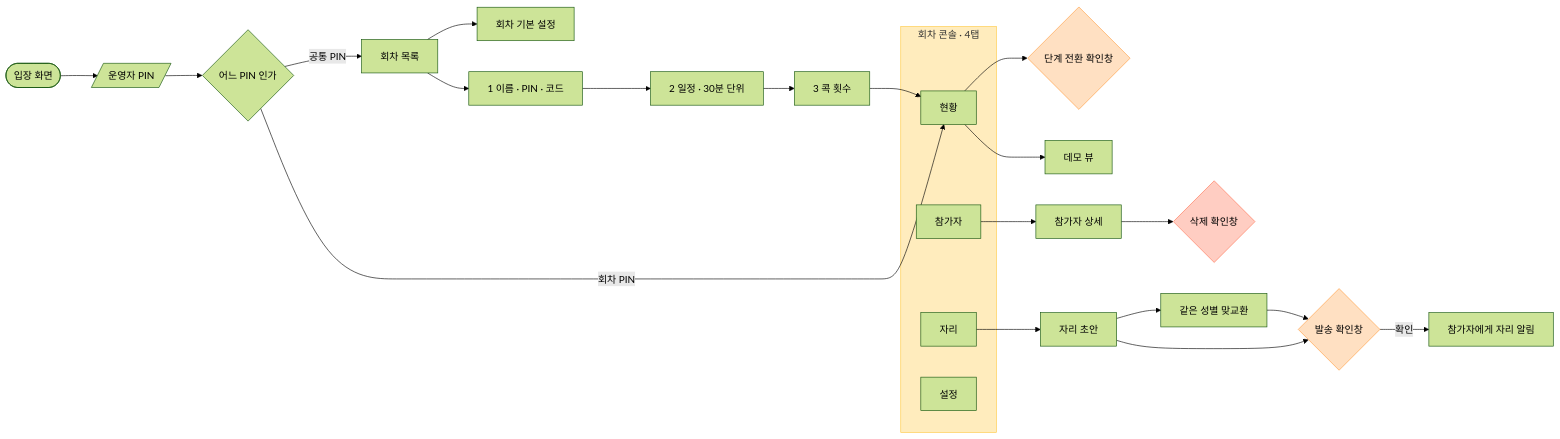
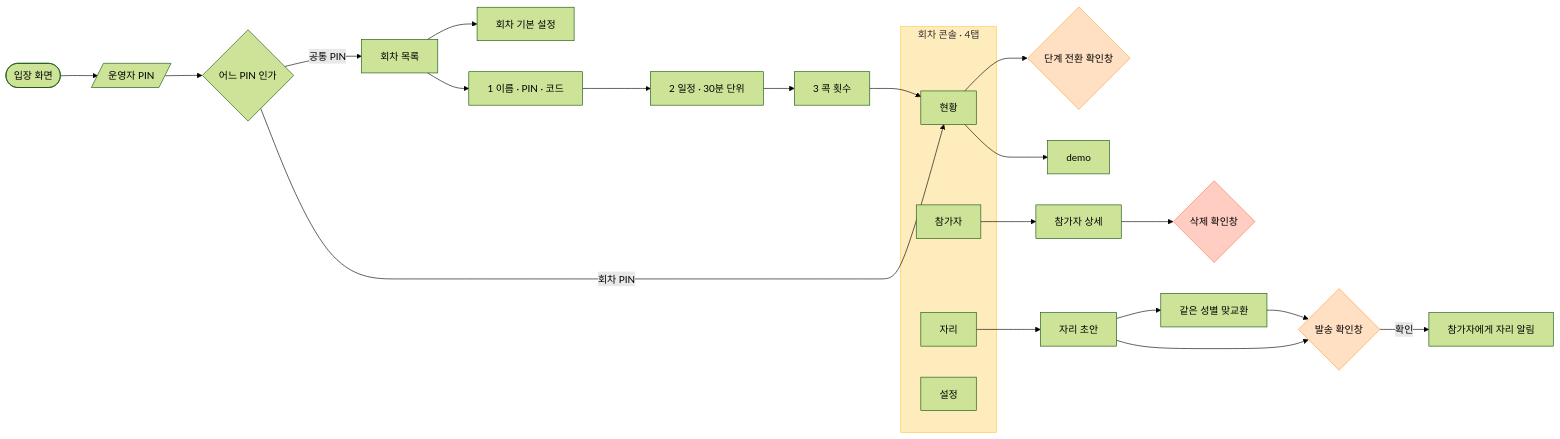
The second of 6 diagrams in docs/USER-FLOWS.md (xcellentbird/tone-pick), drawn with Mermaid (forest theme) before and after one commit. The commit also changed 22 other files, not shown here.

````diff
--- a/docs/USER-FLOWS.md
+++ b/docs/USER-FLOWS.md
@@ -83,47 +83,46 @@
 ```mermaid
 flowchart LR
     entry(["입장 화면"])
     pin[/"운영자 PIN"/]
     scope{"어느 PIN 인가"}
     events["회차 목록"]
     defaults["회차 기본 설정"]
 
     w1["1 이름 · PIN · 코드"]
     w2["2 일정 · 30분 단위"]
     w3["3 콕 횟수"]
 
     subgraph console ["회차 콘솔 · 4탭"]
         dash["현황"]
         players["참가자"]
         seats["자리"]
         settings["설정"]
     end
 
     phaseConfirm{"단계 전환 확인창"}
-    demo["데모 뷰"]
     sheet["참가자 상세"]
     delConfirm{"삭제 확인창"}
     draft["자리 초안"]
     swap["같은 성별 맞교환"]
     pubConfirm{"발송 확인창"}
     published["참가자에게 자리 알림"]
 
     entry --> pin --> scope
     scope -->|"공통 PIN"| events
     scope -->|"회차 PIN"| dash
     events --> defaults
     events --> w1 --> w2 --> w3 --> dash
 
     dash --> phaseConfirm
     dash --> demo
     players --> sheet --> delConfirm
     seats --> draft --> swap
     draft --> pubConfirm
     swap --> pubConfirm
     pubConfirm -->|"확인"| published
 
     style console fill:#FFECBD,stroke:#FFC943
     style phaseConfirm fill:#FFE0C2,stroke:#FF9E42
     style pubConfirm fill:#FFE0C2,stroke:#FF9E42
     style delConfirm fill:#FFCDC2,stroke:#FF7556
 ```
````
